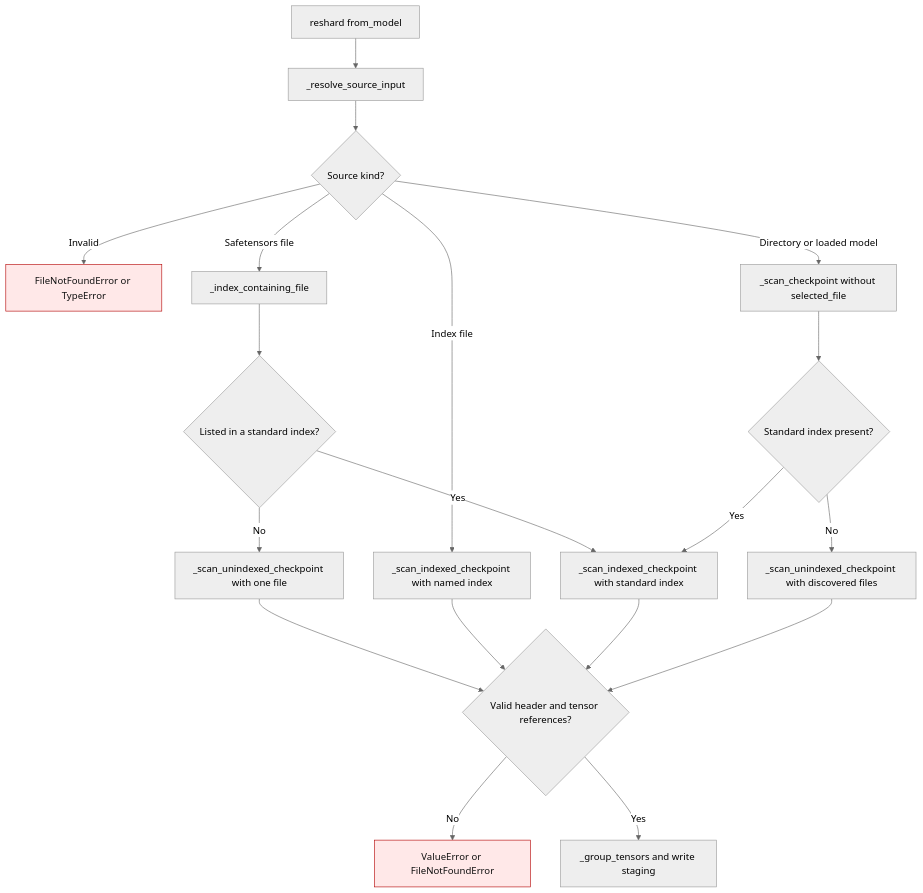
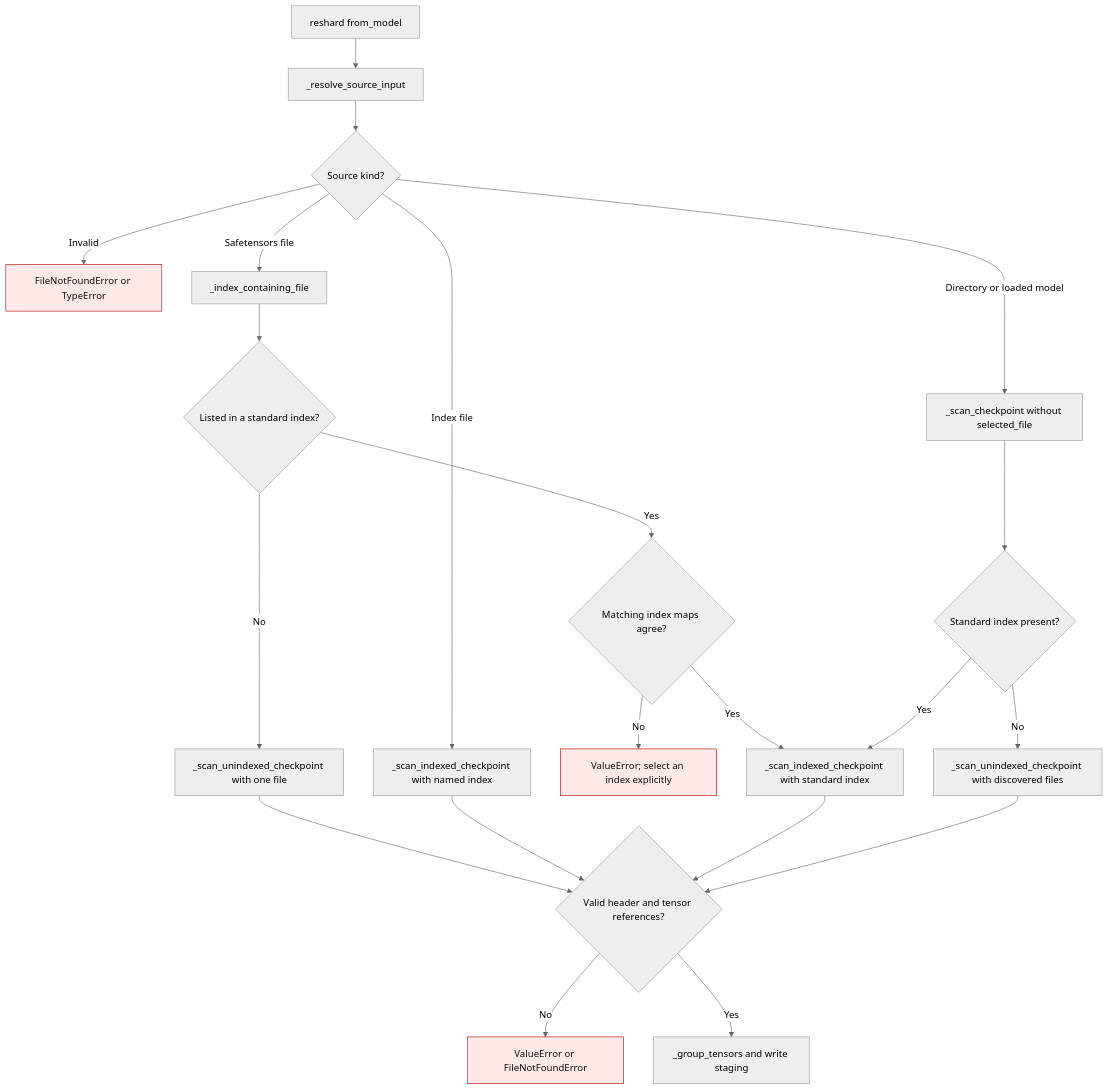
Before and after one commit to ModelCloud/GPTQModel: the diagram in docs/reshard-source-selection.md, drawn with Mermaid (neutral theme). The commit also changed other lines of this file and 2 other files, not shown here.

````diff
--- a/docs/reshard-source-selection.md
+++ b/docs/reshard-source-selection.md
@@ -11,23 +13,25 @@
 ```mermaid
 flowchart TD
     A["reshard from_model"] --> B["_resolve_source_input"]
     B --> C{"Source kind?"}
     C -- Invalid --> X["FileNotFoundError or TypeError"]
     C -- Directory or loaded model --> D["_scan_checkpoint without selected_file"]
     C -- Safetensors file --> E["_index_containing_file"]
     C -- Index file --> F["_scan_indexed_checkpoint with named index"]
     E --> P{"Listed in a standard index?"}
-    P -- Yes --> H
+    P -- Yes --> R{"Matching index maps agree?"}
+    R -- Yes --> H
+    R -- No --> Z["ValueError; select an index explicitly"]
     P -- No --> Q["_scan_unindexed_checkpoint with one file"]
     D --> G{"Standard index present?"}
     G -- Yes --> H["_scan_indexed_checkpoint with standard index"]
     G -- No --> I["_scan_unindexed_checkpoint with discovered files"]
     Q --> J{"Valid header and tensor references?"}
     F --> J
     H --> J
     I --> J
     J -- No --> Y["ValueError or FileNotFoundError"]
     J -- Yes --> K["_group_tensors and write staging"]
     classDef failure fill:#ffe8e8,stroke:#b30000,color:#111;
-    class X,Y failure;
+    class X,Y,Z failure;
 ```
````
